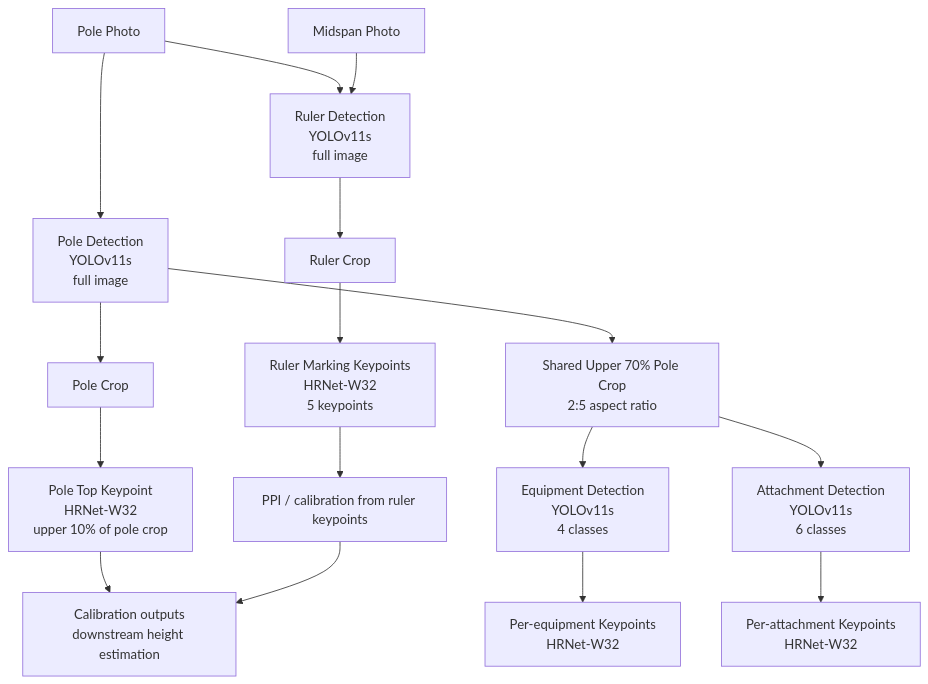
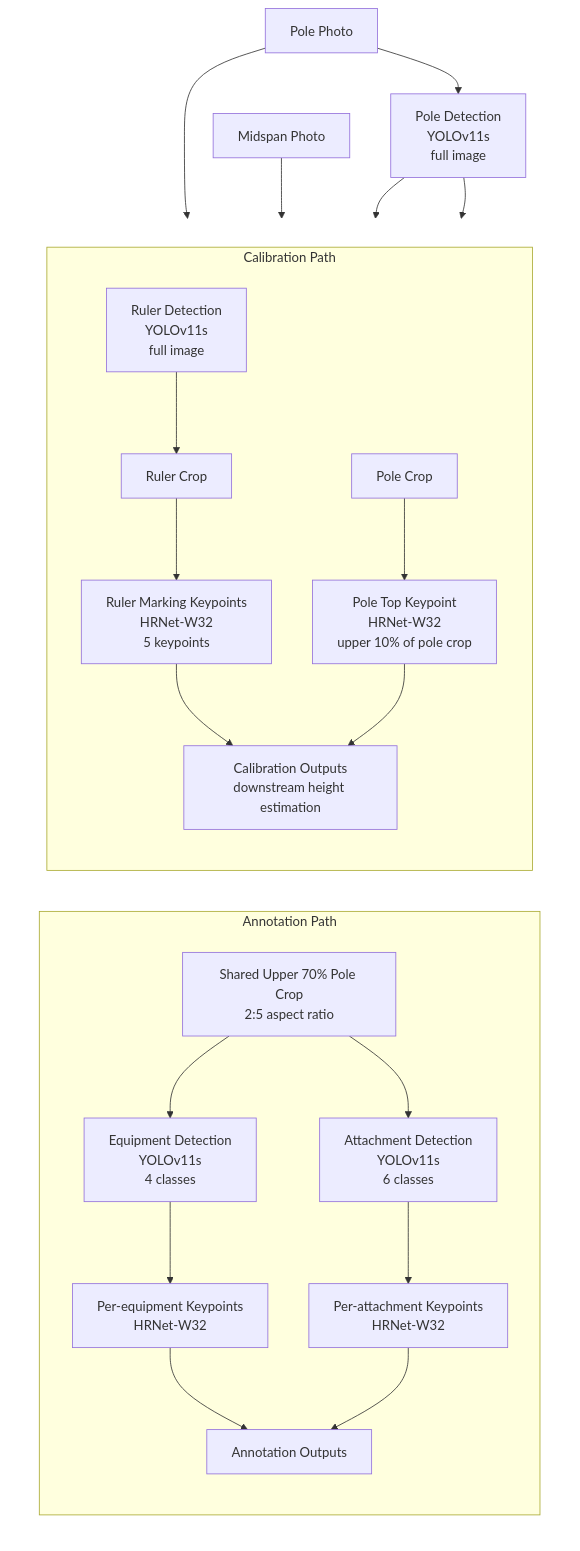
Before and after one commit to saroj-Neupane/Pole-Annotation-Pipeline: the first of 2 diagrams in README.md, drawn with Mermaid. The commit also changed other lines of this file, not shown here.

Commit message:
Update README to enhance documentation of inference and training pipelines, including detailed flowcharts and prerequisites for setup.

````diff
--- a/README.md
+++ b/README.md
@@ -33,23 +35,48 @@
 ```mermaid
 flowchart TD
     A[Pole Photo]
     B[Midspan Photo]
+    C[Pole Detection<br/>YOLOv11s<br/>full image]
 
-    A --> C[Pole Detection<br/>YOLOv11s<br/>full image]
-    A --> D[Ruler Detection<br/>YOLOv11s<br/>full image]
+    subgraph PATHS[ ]
+        direction LR
+
+        subgraph ANN[Annotation Path]
+            direction TB
+            K[Shared Upper 70% Pole Crop<br/>2:5 aspect ratio]
+            L[Equipment Detection<br/>YOLOv11s<br/>4 classes]
+            M[Attachment Detection<br/>YOLOv11s<br/>6 classes]
+            N[Per-equipment Keypoints<br/>HRNet-W32]
+            O[Per-attachment Keypoints<br/>HRNet-W32]
+            P[Annotation Outputs]
+            K --> L
+            K --> M
+            L --> N
+            M --> O
+            N --> P
+            O --> P
+        end
+
+        subgraph CAL[Calibration Path]
+            direction TB
+            D[Ruler Detection<br/>YOLOv11s<br/>full image]
+            E[Ruler Crop]
+            F[Ruler Marking Keypoints<br/>HRNet-W32<br/>5 keypoints]
+            G[Pole Crop]
+            H[Pole Top Keypoint<br/>HRNet-W32<br/>upper 10% of pole crop]
+            J[Calibration Outputs<br/>downstream height estimation]
+            D --> E
+            E --> F
+            F --> J
+            G --> H
+            H --> J
+        end
+    end
+
+    A --> C
+    A --> D
     B --> D
-
-    D --> E[Ruler Crop]
-    E --> F[Ruler Marking Keypoints<br/>HRNet-W32<br/>5 keypoints]
-    C --> G[Pole Crop]
-    G --> H[Pole Top Keypoint<br/>HRNet-W32<br/>upper 10% of pole crop]
-    F --> I[PPI / calibration from ruler keypoints]
-    H --> J[Calibration outputs<br/>downstream height estimation]
-    I --> J
-
-    C --> K[Shared Upper 70% Pole Crop<br/>2:5 aspect ratio]
-    K --> L[Equipment Detection<br/>YOLOv11s<br/>4 classes]
-    K --> M[Attachment Detection<br/>YOLOv11s<br/>6 classes]
-    L --> N[Per-equipment Keypoints<br/>HRNet-W32]
-    M --> O[Per-attachment Keypoints<br/>HRNet-W32]
+    C --> K
+    C --> G
+    style PATHS fill:transparent,stroke:transparent
 ```
````
